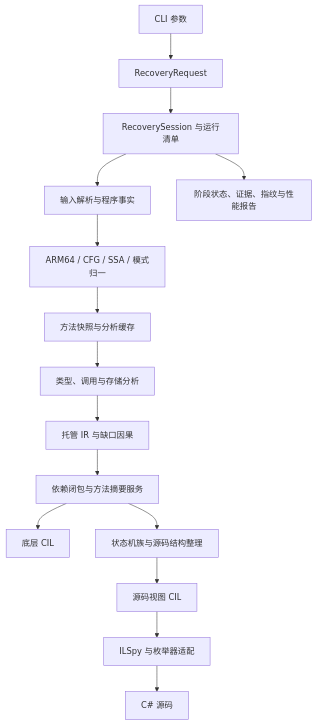
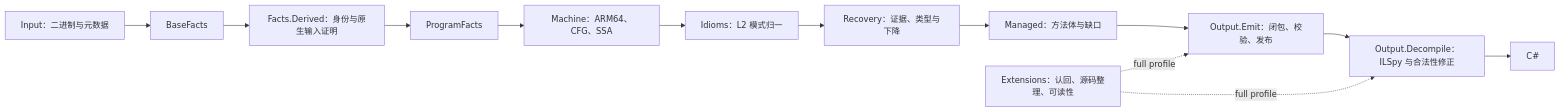
Before and after one commit to MetaMikuAI/Cpp2CS: the diagram in docs/架构.md, drawn with Mermaid. The commit also changed other lines of this file and 868 other files, not shown here.

````diff
--- a/docs/架构.md
+++ b/docs/架构.md
@@ -3,17 +3,15 @@
 ```mermaid
-flowchart TD
-    CLI[CLI 参数] --> Request[RecoveryRequest]
-    Request --> Session[RecoverySession 与运行清单]
-    Session --> Facts[输入解析与程序事实]
-    Facts --> Native[ARM64 / CFG / SSA / 模式归一]
-    Native --> Snapshot[方法快照与分析缓存]
-    Snapshot --> Recovery[类型、调用与存储分析]
-    Recovery --> IR[托管 IR 与缺口因果]
-    IR --> Closure[依赖闭包与方法摘要服务]
-    Closure --> CIL[底层 CIL]
-    Closure --> Structure[状态机族与源码结构整理]
-    Structure --> SourceCIL[源码视图 CIL]
-    SourceCIL --> AST[ILSpy 与枚举器适配]
-    AST --> CS[C# 源码]
-    Session --> Reports[阶段状态、证据、指纹与性能报告]
+flowchart LR
+    Input[Input：二进制与元数据] --> Base[BaseFacts]
+    Base --> Derived[Facts.Derived：身份与原生输入证明]
+    Derived --> Facts[ProgramFacts]
+    Facts --> Machine[Machine：ARM64、CFG、SSA]
+    Machine --> Idioms[Idioms：L2 模式归一]
+    Idioms --> Recovery[Recovery：证据、类型与下降]
+    Recovery --> Managed[Managed：方法体与缺口]
+    Managed --> Publish[Output.Emit：闭包、校验、发布]
+    Publish --> Decompile[Output.Decompile：ILSpy 与合法性修正]
+    Decompile --> Source[C#]
+    Extensions[Extensions：认回、源码整理、可读性] -. full profile .-> Publish
+    Extensions -. full profile .-> Decompile
 ```
````
